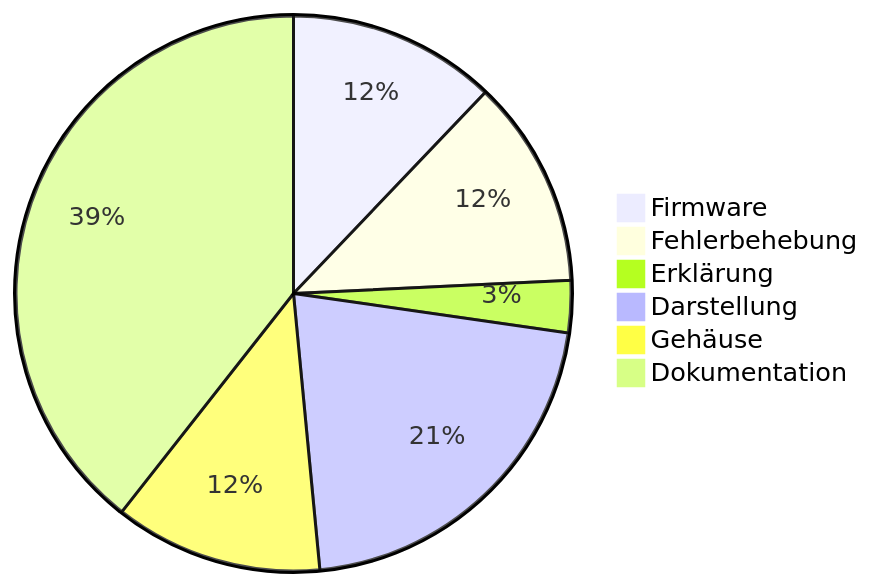
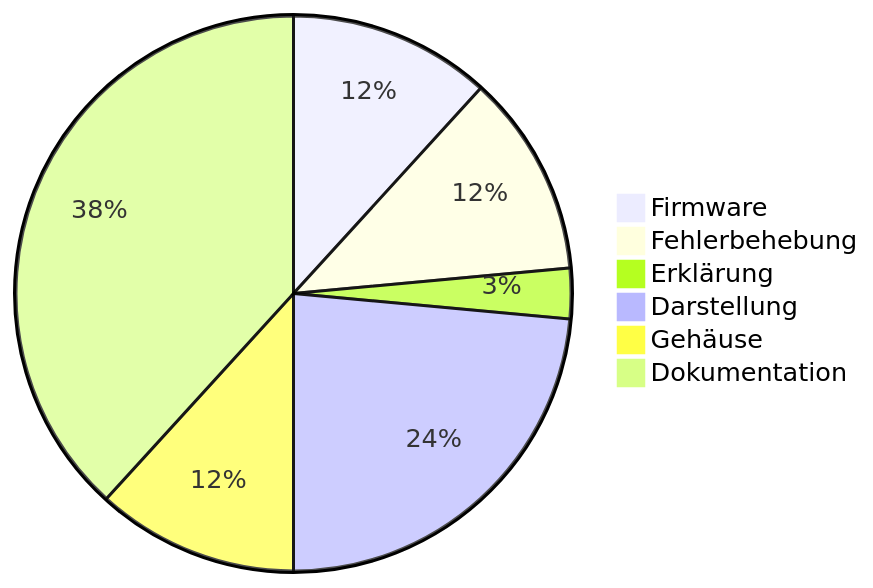
One commit to BBZ-AIFS51/LF7-Projekt_GAS changed the third of 3 diagrams in wiki/Entwicklungsverlauf.md. Above: the diagram before and after it, drawn with Mermaid. The commit also changed other lines of this file and 13 other files, not shown here.

````diff
--- a/wiki/Entwicklungsverlauf.md
+++ b/wiki/Entwicklungsverlauf.md
@@ -163,9 +165,9 @@
 ```mermaid
 pie
     "Firmware" : 4
     "Fehlerbehebung" : 4
     "Erklärung" : 1
-    "Darstellung" : 7
+    "Darstellung" : 8
     "Gehäuse" : 4
     "Dokumentation" : 13
 ```
````
